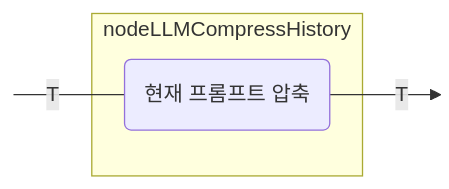
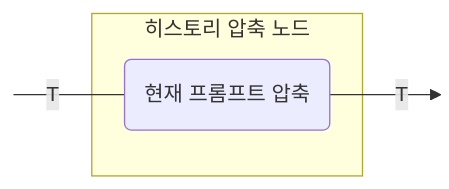
One commit to BinaryTape/Open-Docs changed the tenth of 15 diagrams in docs/ko/koog/nodes-and-components.md. Above: the diagram before and after it, drawn with Mermaid. The commit also changed other lines of this file and 164 other files, not shown here.

````diff
--- a/docs/ko/koog/nodes-and-components.md
+++ b/docs/ko/koog/nodes-and-components.md
@@ -476,13 +475,13 @@
 ```mermaid
 graph LR
     in:::hidden
     out:::hidden
     
-    subgraph node ["nodeLLMCompressHistory"]
+    subgraph node ["히스토리 압축 노드"]
         execute(현재 프롬프트 압축)
     end
     
     in ---|T| execute --T--> out
 
     classDef hidden display: none;
 ```
````
